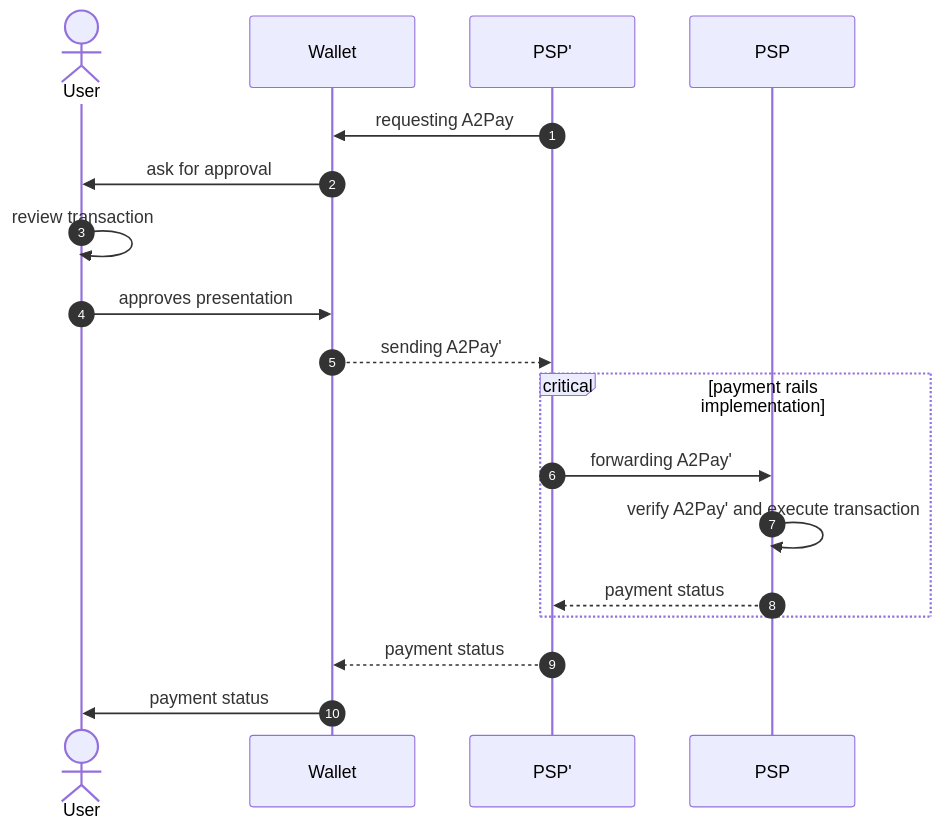
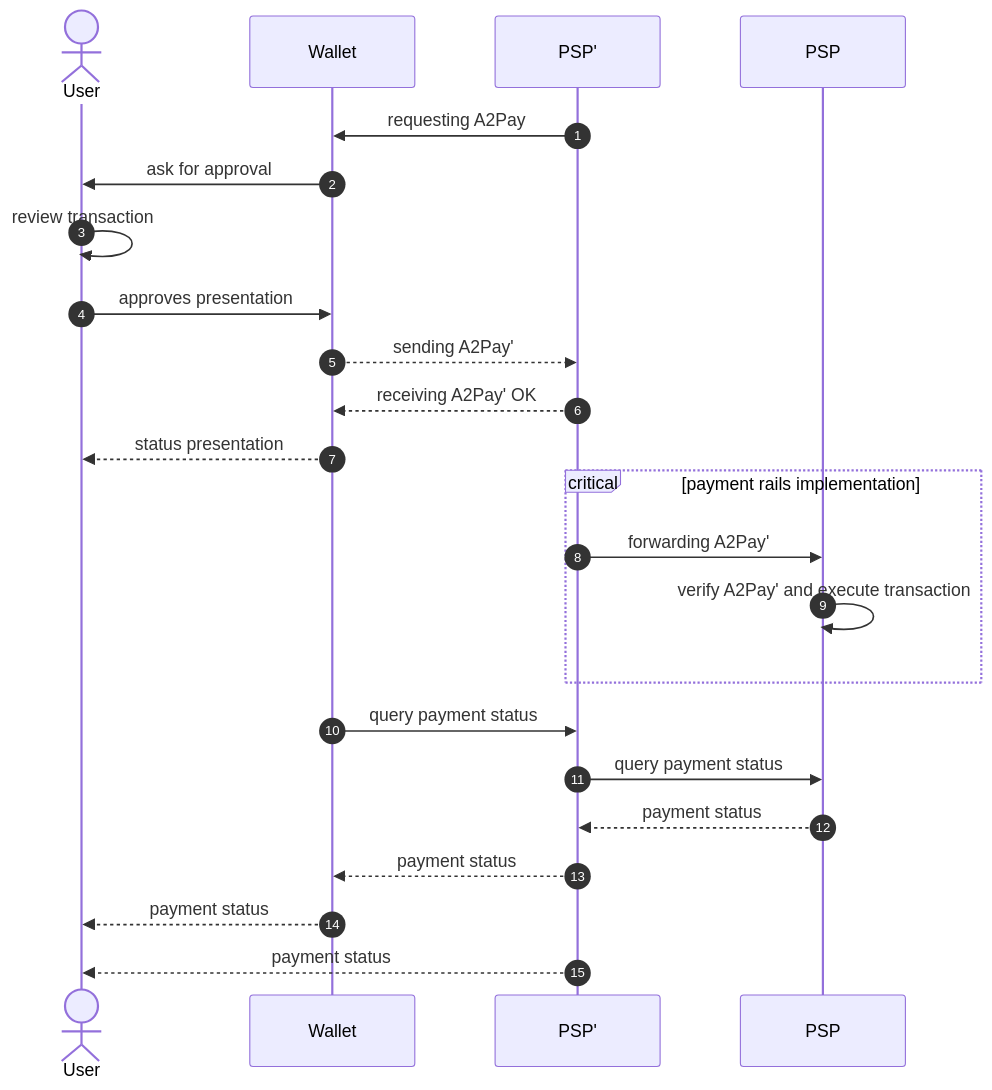
Before and after one commit to nobid-consortium/payment-reference-documentation: the second of 2 diagrams in payment-reference-doc.md, drawn with Mermaid. The commit also changed other lines of this file and 2 other files, not shown here.

Commit message:
added payment status endpoint

````diff
--- a/payment-reference-doc.md
+++ b/payment-reference-doc.md
@@ -206,24 +231,27 @@
 ```mermaid
 
 sequenceDiagram
     autonumber
     actor user as User
     participant wallet as Wallet
     participant psp2 as PSP'
     participant psp as PSP
 
     psp2 ->> wallet: requesting A2Pay
     wallet ->> user: ask for approval
     user ->> user: review transaction
     user ->> wallet: approves presentation
     wallet -->> psp2: sending A2Pay'
+    psp2 -->> wallet: receiving A2Pay' OK
+    wallet -->> user: status presentation
     critical payment rails implementation
     psp2 ->> psp: forwarding A2Pay'
     psp ->> psp: verify A2Pay' and execute transaction
-    psp -->> psp2: payment status
     end
+    wallet ->> psp2: query payment status
+    psp2 ->> psp: query payment status
+    psp -->> psp2: payment status 
     psp2 -->> wallet: payment status
-    wallet ->> user: payment status
-    
-
+    wallet -->> user: payment status
+    psp2 -->> user: payment status
 ```
````
